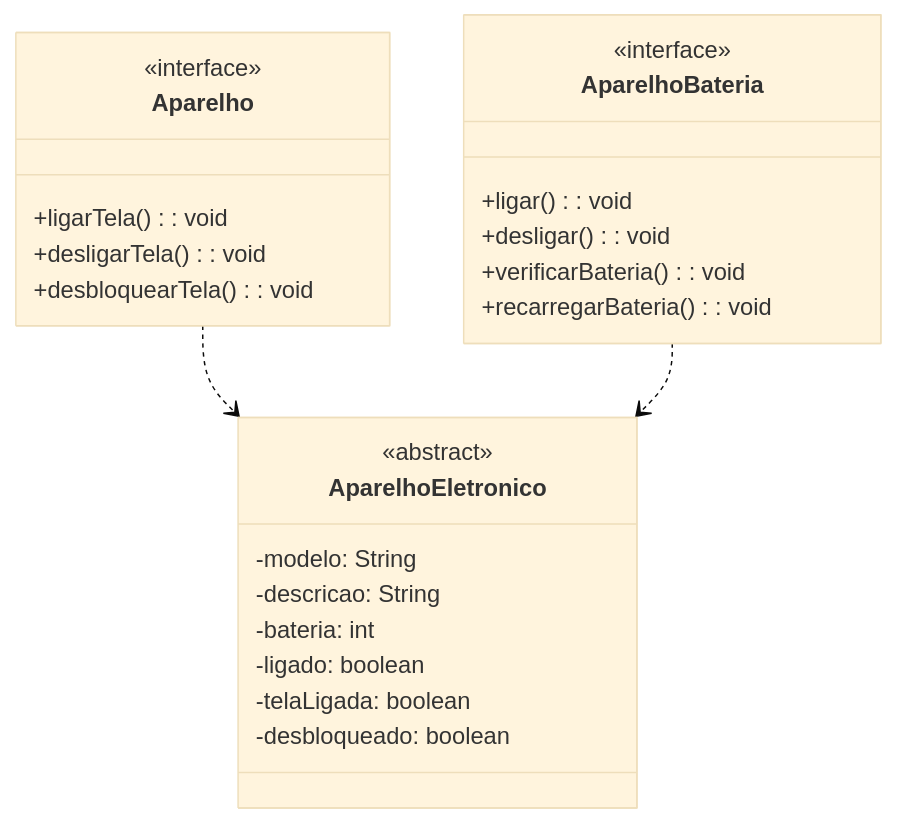
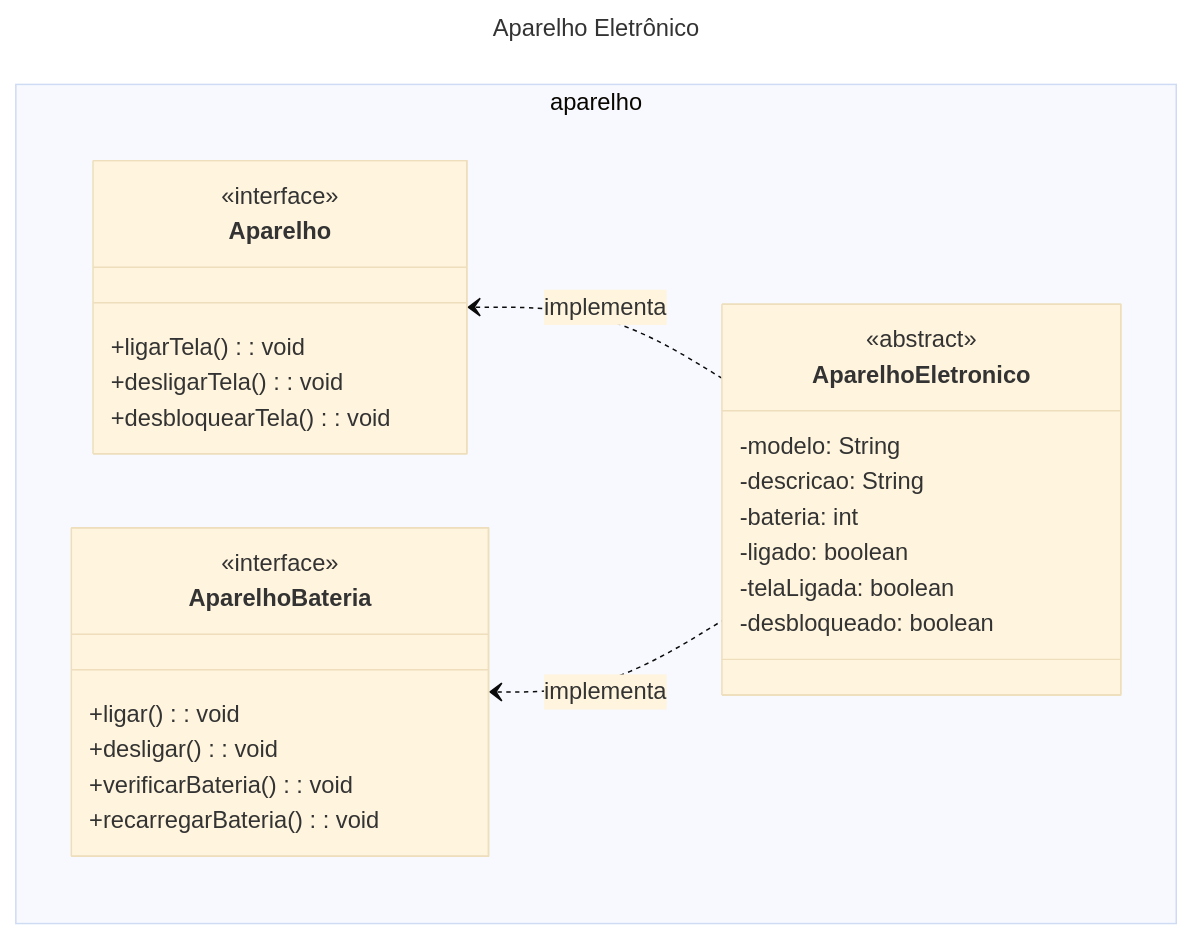
The diagram in src/lfslopes/dio/aparelhoeletronico/Classificacao-Aparelho.md (lfslopes/ComponenteIphone), drawn with Mermaid (base theme) before and after one commit.

Commit message:
Definindo melhor a relações entre as interfaces e as classes

````diff
--- a/src/lfslopes/dio/aparelhoeletronico/Classificacao-Aparelho.md
+++ b/src/lfslopes/dio/aparelhoeletronico/Classificacao-Aparelho.md
@@ -3,27 +3,32 @@
 ```mermaid
+---
+title: Aparelho Eletrônico
+---
 classDiagram
-  class Aparelho{
+  namespace aparelho {
+    class Aparelho{
     <<interface>>
     +ligarTela(): void
     +desligarTela(): void
     +desbloquearTela(): void
-  }
-  class AparelhoBateria{
+    }
+    class AparelhoBateria{
     <<interface>>
     +ligar(): void
     +desligar(): void
     +verificarBateria(): void
     +recarregarBateria(): void
-  }
-  class AparelhoEletronico{
+    }
+    class AparelhoEletronico{
     <<abstract>>
     -modelo: String
     -descricao: String
     -bateria: int
     -ligado: boolean
     -telaLigada: boolean
     -desbloqueado: boolean
-  }
-  Aparelho ..> AparelhoEletronico
-  AparelhoBateria ..> AparelhoEletronico
+    }
+}
+Aparelho <.. AparelhoEletronico : implementa
+AparelhoBateria <.. AparelhoEletronico : implementa
 ```
````
